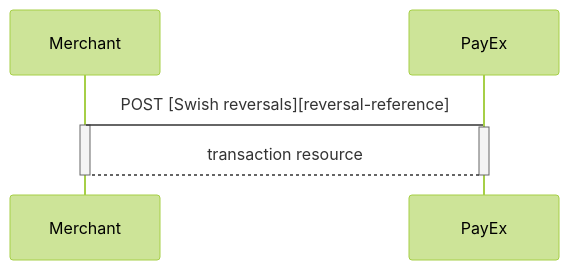
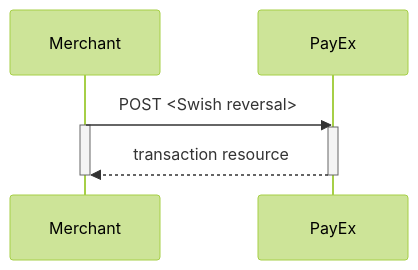
Before and after one commit to SwedbankPay/developer.swedbankpay.com: the fourth of 7 diagrams in payments/swish/index.md, drawn with Mermaid (forest theme). The commit also changed other lines of this file, not shown here.

Commit message:
dx-256 fix line lengths in swish index

````diff
--- a/payments/swish/index.md
+++ b/payments/swish/index.md
@@ -257,9 +353,9 @@
 ```mermaid
 sequenceDiagram
-  Merchant->PayEx: POST [Swish reversals][reversal-reference]
+  Merchant->>PayEx: POST <Swish reversal>
   Activate Merchant
   Activate PayEx
-  PayEx-->Merchant: transaction resource
+  PayEx-->>Merchant: transaction resource
   Deactivate PayEx
   Deactivate Merchant
 ```
````
